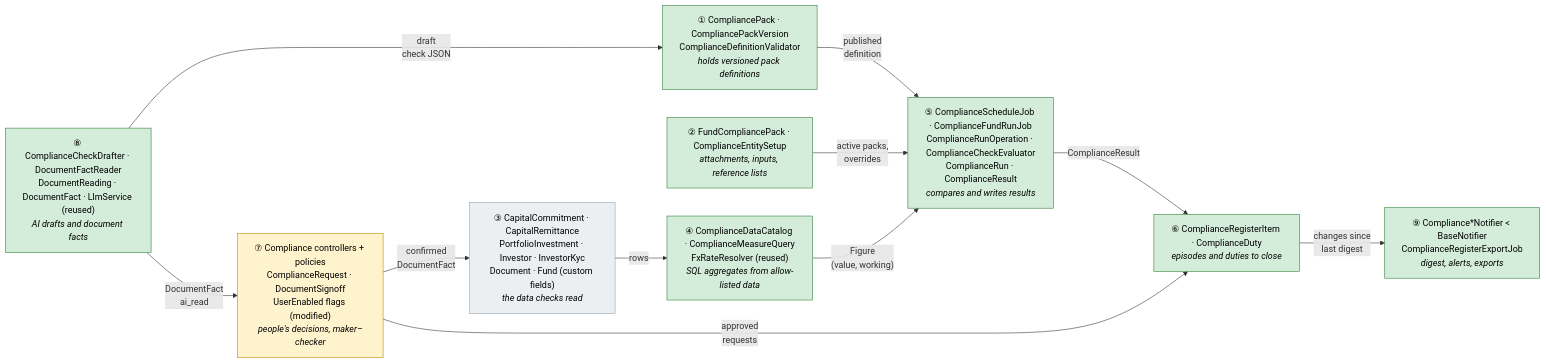
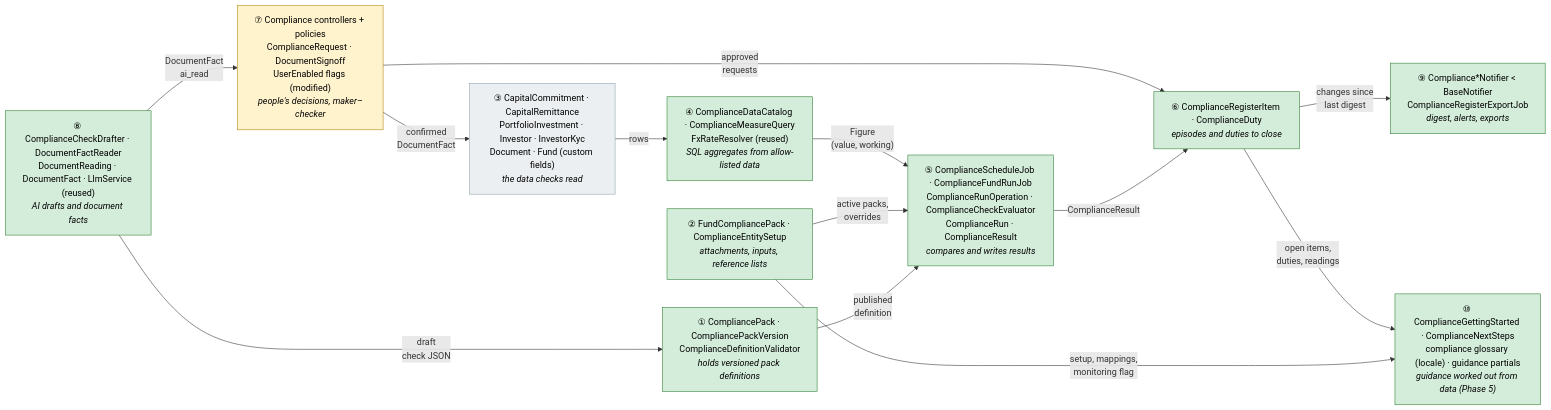
The seventh of 26 diagrams in openspec/changes/fund-compliance-monitoring/design.md (sampadadiwan/IRM_CompanyMain), drawn with Mermaid before and after one commit. The commit also changed other lines of this file and 7 other files, not shown here.

First line of the commit message:
OpenSpec fund-compliance-monitoring: Phase 5 — newcomer guidance

````diff
--- a/openspec/changes/fund-compliance-monitoring/design.md
+++ b/openspec/changes/fund-compliance-monitoring/design.md
@@ -381,34 +387,38 @@
 ```mermaid
 flowchart LR
     classDef new fill:#d4edda,stroke:#2e7d32,color:#000
     classDef mod fill:#fff3cd,stroke:#b8860b,color:#000
     classDef reuse fill:#eceff1,stroke:#90a4ae,color:#000
     L["① CompliancePack · CompliancePackVersion<br/>ComplianceDefinitionValidator<br/><i>holds versioned pack definitions</i>"]:::new
     S["② FundCompliancePack · ComplianceEntitySetup<br/><i>attachments, inputs, reference lists</i>"]:::new
     D["③ CapitalCommitment · CapitalRemittance<br/>PortfolioInvestment · Investor · InvestorKyc<br/>Document · Fund (custom fields)<br/><i>the data checks read</i>"]:::reuse
     M["④ ComplianceDataCatalog · ComplianceMeasureQuery<br/>FxRateResolver (reused)<br/><i>SQL aggregates from allow-listed data</i>"]:::new
     R["⑤ ComplianceScheduleJob · ComplianceFundRunJob<br/>ComplianceRunOperation · ComplianceCheckEvaluator<br/>ComplianceRun · ComplianceResult<br/><i>compares and writes results</i>"]:::new
     G["⑥ ComplianceRegisterItem · ComplianceDuty<br/><i>episodes and duties to close</i>"]:::new
     P["⑦ Compliance controllers + policies<br/>ComplianceRequest · DocumentSignoff<br/>UserEnabled flags (modified)<br/><i>people's decisions, maker–checker</i>"]:::mod
     A["⑧ ComplianceCheckDrafter · DocumentFactReader<br/>DocumentReading · DocumentFact · LlmService (reused)<br/><i>AI drafts and document facts</i>"]:::new
     N["⑨ Compliance*Notifier < BaseNotifier<br/>ComplianceRegisterExportJob<br/><i>digest, alerts, exports</i>"]:::new
+    X["⑩ ComplianceGettingStarted · ComplianceNextSteps<br/>compliance glossary (locale) · guidance partials<br/><i>guidance worked out from data (Phase 5)</i>"]:::new
     L -- "published<br/>definition" --> R
     S -- "active packs,<br/>overrides" --> R
     D -- "rows" --> M
     M -- "Figure<br/>(value, working)" --> R
     R -- "ComplianceResult" --> G
     P -- "approved<br/>requests" --> G
     A -- "draft<br/>check JSON" --> L
     A -- "DocumentFact<br/>ai_read" --> P
     P -- "confirmed<br/>DocumentFact" --> D
     G -- "changes since<br/>last digest" --> N
+    S -- "setup, mappings,<br/>monitoring flag" --> X
+    G -- "open items,<br/>duties, readings" --> X
     click L "#①-rule-library" "Open card ①"
     click S "#②-fund-setup" "Open card ②"
     click D "#③-data-caphive-holds" "Open card ③"
     click M "#④-measure-engine" "Open card ④"
     click R "#⑤-check-runner" "Open card ⑤"
     click G "#⑥-register-and-duties" "Open card ⑥"
     click P "#⑦-peoples-decisions" "Open card ⑦"
     click A "#⑧-ai-helpers" "Open card ⑧"
     click N "#⑨-notices-and-exports" "Open card ⑨"
+    click X "#⑩-newcomer-guidance-phase-5" "Open card ⑩"
 ```
````
